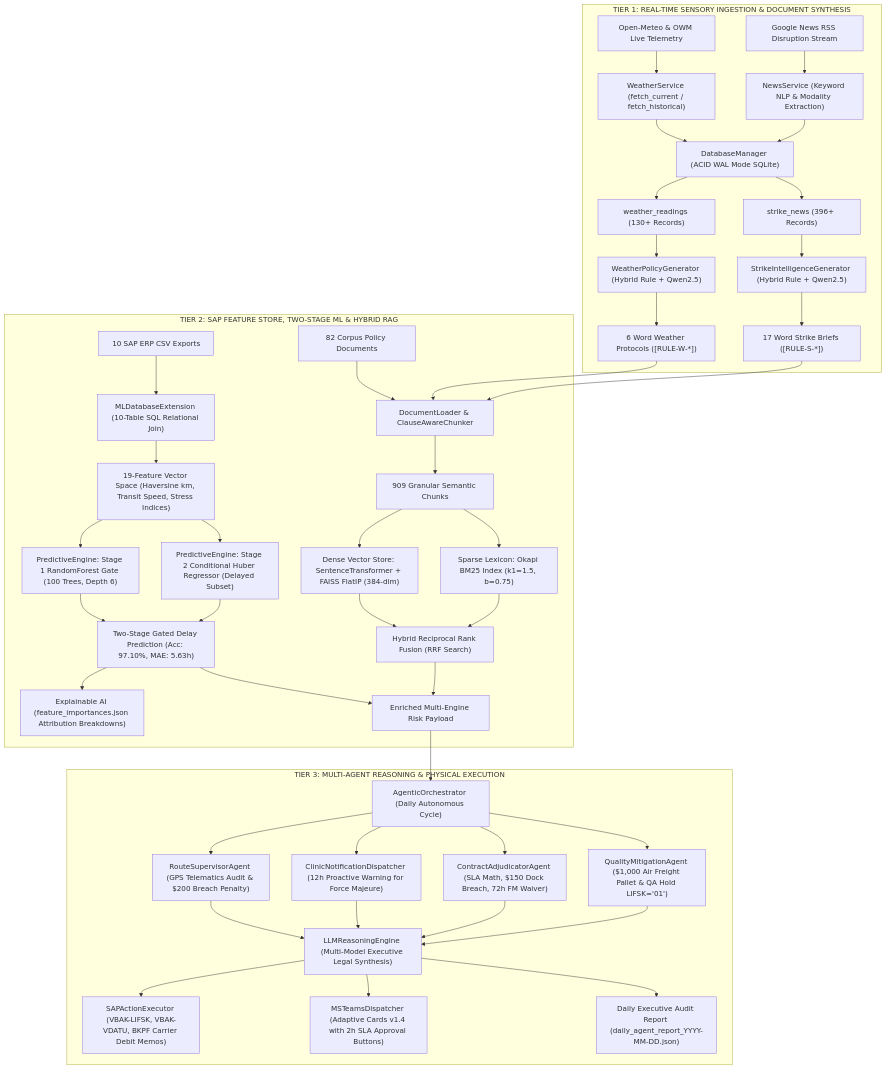
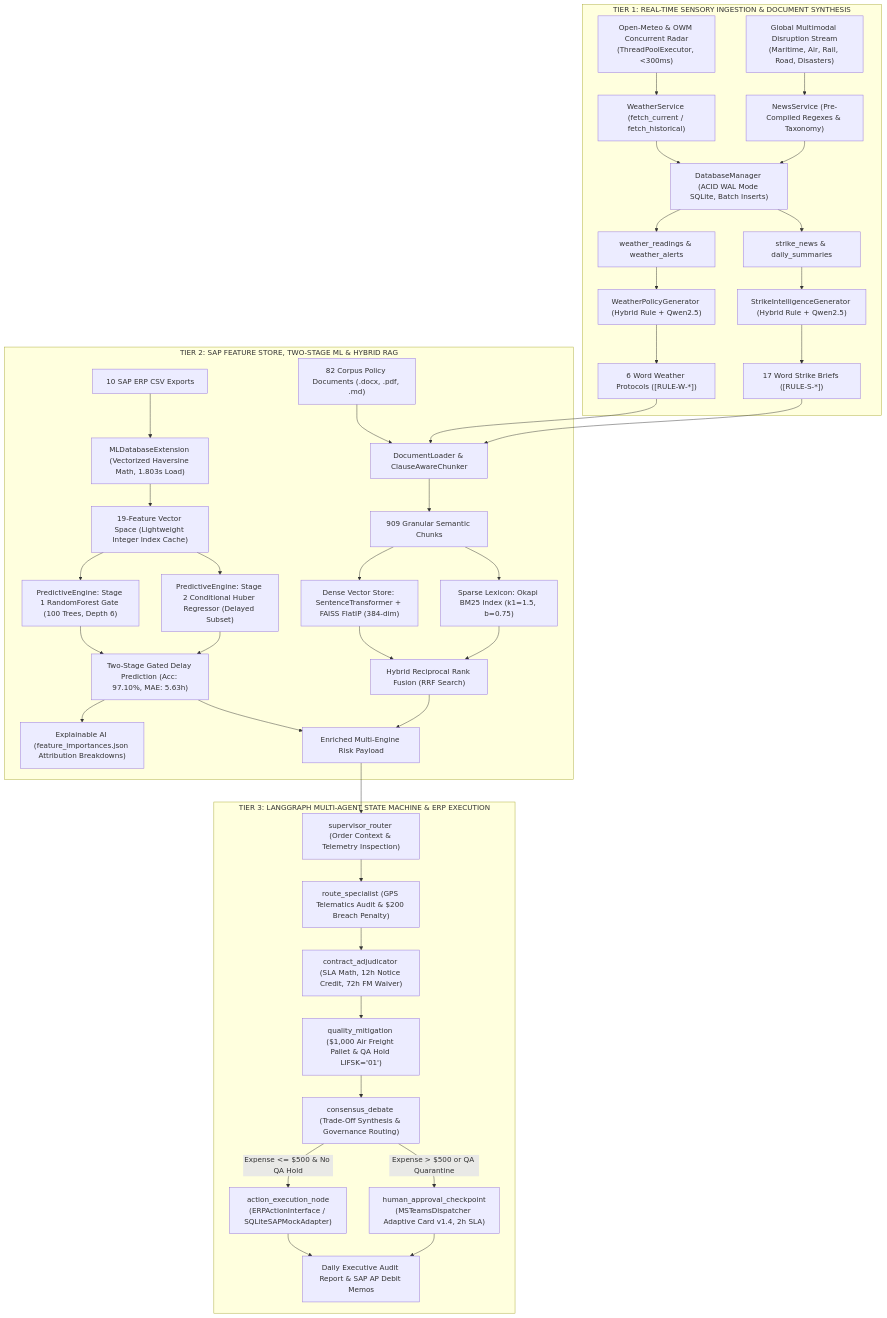
Before and after one commit to Az-har/O2C_AI: the first of 8 diagrams in O2C_AI_SYSTEM_COMPLETE_MASTER_SPECIFICATION.md, drawn with Mermaid. The commit also changed other lines of this file and 87 other files, not shown here.

Commit message:
feat: implement LangGraph multi-agent architecture, global multimodal scraper, agent tools, and update master architectural specifications

````diff
--- a/O2C_AI_SYSTEM_COMPLETE_MASTER_SPECIFICATION.md
+++ b/O2C_AI_SYSTEM_COMPLETE_MASTER_SPECIFICATION.md
@@ -70,43 +74,44 @@
 ```mermaid
 graph TD
     subgraph "TIER 1: REAL-TIME SENSORY INGESTION & DOCUMENT SYNTHESIS"
-        A1["Open-Meteo & OWM Live Telemetry"] --> A2["WeatherService (fetch_current / fetch_historical)"]
-        B1["Google News RSS Disruption Stream"] --> B2["NewsService (Keyword NLP & Modality Extraction)"]
-        A2 & B2 --> C1["DatabaseManager (ACID WAL Mode SQLite)"]
-        C1 --> D1["weather_readings (130+ Records)"]
-        C1 --> D2["strike_news (396+ Records)"]
+        A1["Open-Meteo & OWM Concurrent Radar<br/>(ThreadPoolExecutor, <300ms)"] --> A2["WeatherService (fetch_current / fetch_historical)"]
+        B1["Global Multimodal Disruption Stream<br/>(Maritime, Air, Rail, Road, Disasters)"] --> B2["NewsService (Pre-Compiled Regexes & Taxonomy)"]
+        A2 & B2 --> C1["DatabaseManager (ACID WAL Mode SQLite, Batch Inserts)"]
+        C1 --> D1["weather_readings & weather_alerts"]
+        C1 --> D2["strike_news & daily_summaries"]
         D1 --> E1["WeatherPolicyGenerator (Hybrid Rule + Qwen2.5)"]
         D2 --> E2["StrikeIntelligenceGenerator (Hybrid Rule + Qwen2.5)"]
         E1 --> F1["6 Word Weather Protocols ([RULE-W-*])"]
         E2 --> F2["17 Word Strike Briefs ([RULE-S-*])"]
     end
 
     subgraph "TIER 2: SAP FEATURE STORE, TWO-STAGE ML & HYBRID RAG"
-        G1["10 SAP ERP CSV Exports"] --> G2["MLDatabaseExtension (10-Table SQL Relational Join)"]
-        G2 --> G3["19-Feature Vector Space (Haversine km, Transit Speed, Stress Indices)"]
+        G1["10 SAP ERP CSV Exports"] --> G2["MLDatabaseExtension (Vectorized Haversine Math, 1.803s Load)"]
+        G2 --> G3["19-Feature Vector Space (Lightweight Integer Index Cache)"]
         G3 --> H1["PredictiveEngine: Stage 1 RandomForest Gate (100 Trees, Depth 6)"]
         G3 --> H2["PredictiveEngine: Stage 2 Conditional Huber Regressor (Delayed Subset)"]
         H1 & H2 --> H3["Two-Stage Gated Delay Prediction (Acc: 97.10%, MAE: 5.63h)"]
         H3 --> H4["Explainable AI (feature_importances.json Attribution Breakdowns)"]
         
-        F1 & F2 & J1["82 Corpus Policy Documents"] --> J2["DocumentLoader & ClauseAwareChunker"]
+        F1 & F2 & J1["82 Corpus Policy Documents (.docx, .pdf, .md)"] --> J2["DocumentLoader & ClauseAwareChunker"]
         J2 --> J3["909 Granular Semantic Chunks"]
         J3 --> K1["Dense Vector Store: SentenceTransformer + FAISS FlatIP (384-dim)"]
         J3 --> K2["Sparse Lexicon: Okapi BM25 Index (k1=1.5, b=0.75)"]
         K1 & K2 --> K3["Hybrid Reciprocal Rank Fusion (RRF Search)"]
         H3 & K3 --> L1["Enriched Multi-Engine Risk Payload"]
     end
 
-    subgraph "TIER 3: MULTI-AGENT REASONING & PHYSICAL EXECUTION"
-        L1 --> M1["AgenticOrchestrator (Daily Autonomous Cycle)"]
-        M1 --> N1["RouteSupervisorAgent (GPS Telematics Audit & $200 Breach Penalty)"]
-        M1 --> N2["ClinicNotificationDispatcher (12h Proactive Warning for Force Majeure)"]
-        M1 --> N3["ContractAdjudicatorAgent (SLA Math, $150 Dock Breach, 72h FM Waiver)"]
-        M1 --> N4["QualityMitigationAgent ($1,000 Air Freight Pallet & QA Hold LIFSK='01')"]
-        N1 & N2 & N3 & N4 --> P1["LLMReasoningEngine (Multi-Model Executive Legal Synthesis)"]
+    subgraph "TIER 3: LANGGRAPH MULTI-AGENT STATE MACHINE & ERP EXECUTION"
+        L1 --> M1["supervisor_router (Order Context & Telemetry Inspection)"]
+        M1 --> N1["route_specialist (GPS Telematics Audit & $200 Breach Penalty)"]
+        N1 --> N2["contract_adjudicator (SLA Math, 12h Notice Credit, 72h FM Waiver)"]
+        N2 --> N3["quality_mitigation ($1,000 Air Freight Pallet & QA Hold LIFSK='01')"]
+        N3 --> P1["consensus_debate (Trade-Off Synthesis & Governance Routing)"]
         
-        P1 --> Q1["SAPActionExecutor (VBAK-LIFSK, VBAK-VDATU, BKPF Carrier Debit Memos)"]
-        P1 --> Q2["MSTeamsDispatcher (Adaptive Cards v1.4 with 2h SLA Approval Buttons)"]
-        P1 --> Q3["Daily Executive Audit Report (daily_agent_report_YYYY-MM-DD.json)"]
+        P1 -->|Expense <= $500 & No QA Hold| Q1["action_execution_node<br/>(ERPActionInterface / SQLiteSAPMockAdapter)"]
+        P1 -->|Expense > $500 or QA Quarantine| Q2["human_approval_checkpoint<br/>(MSTeamsDispatcher Adaptive Card v1.4, 2h SLA)"]
+        
+        Q1 --> R1["Daily Executive Audit Report & SAP AP Debit Memos"]
+        Q2 --> R1
     end
 ```
````
